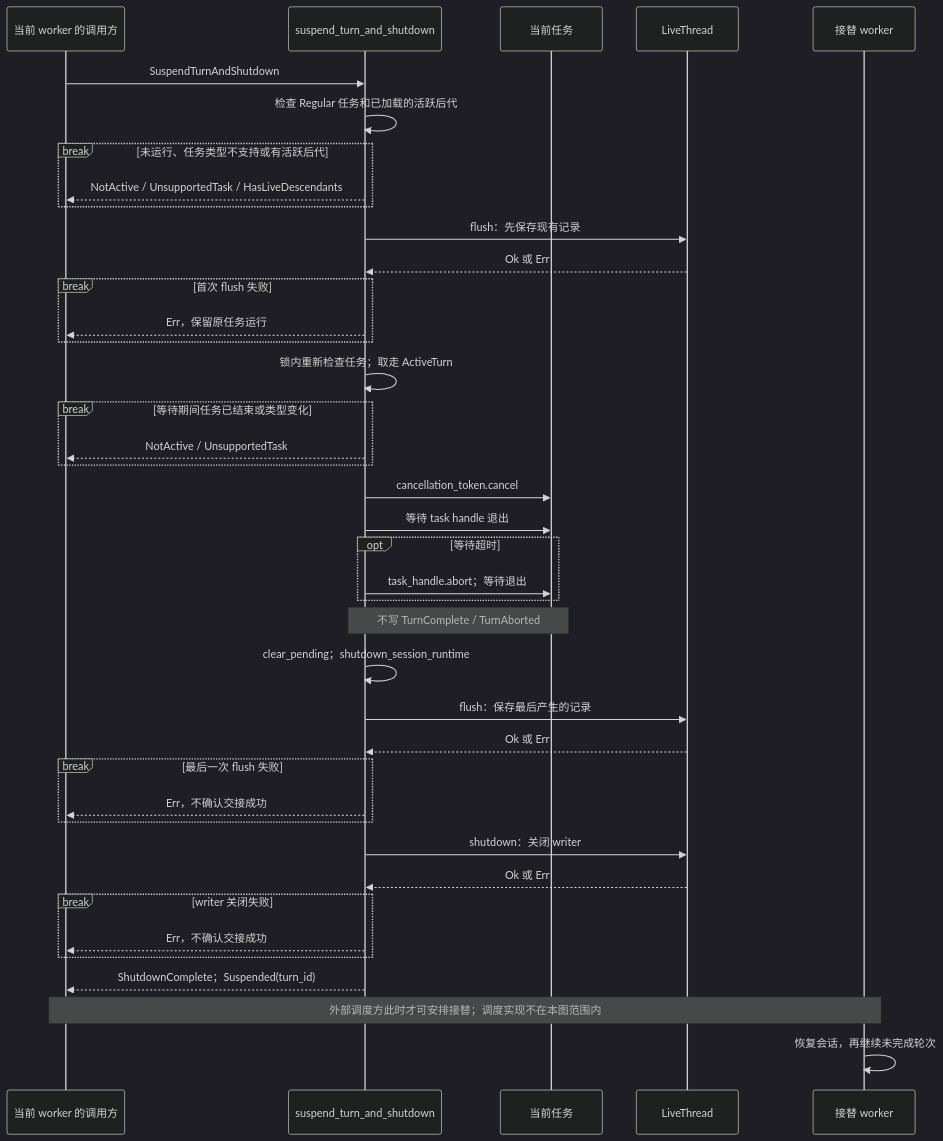
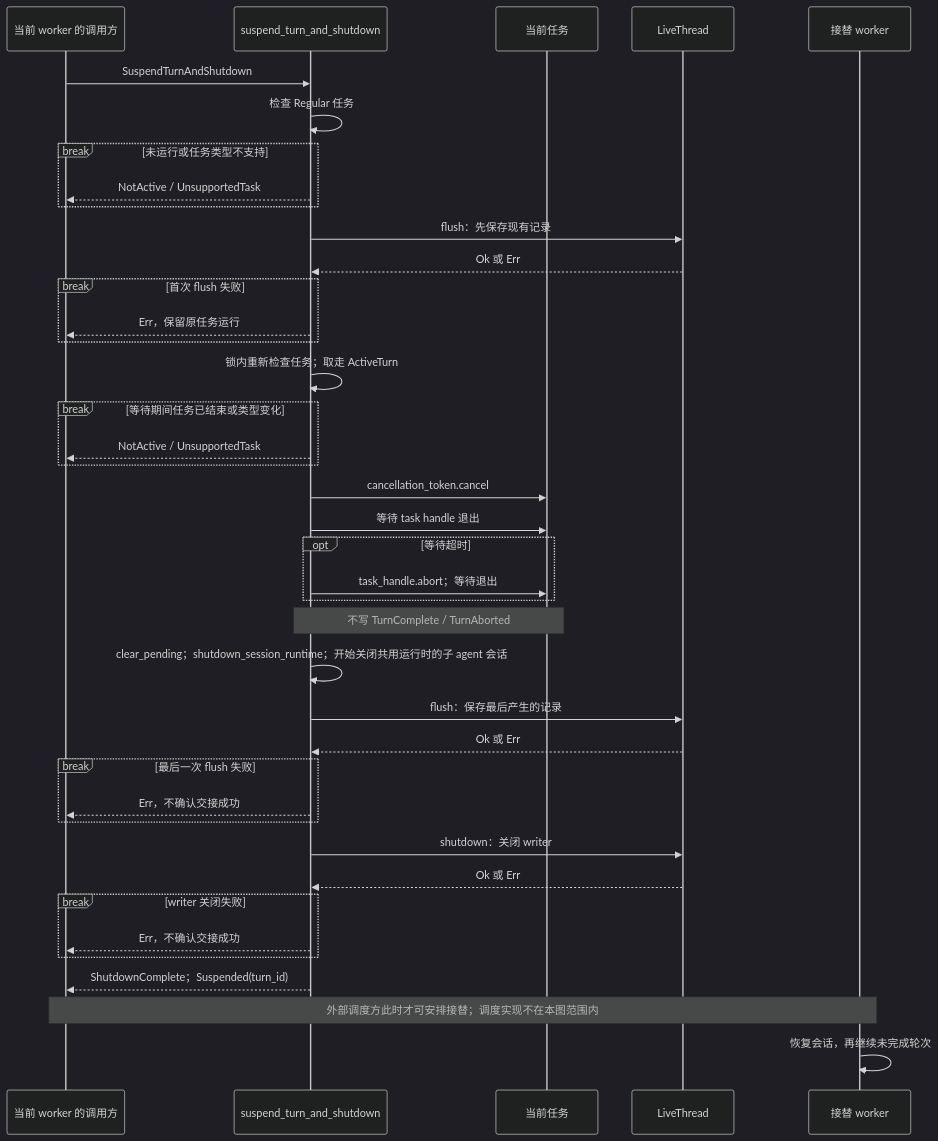
Diagram 32 of 32 in src/content/post/agents-codex/index.md (nickqiaoo/nickqiaoo.github.io), drawn with Mermaid (dark theme) before and after one commit. The commit also changed other lines of this file, not shown here.

````diff
--- a/src/content/post/agents-codex/index.md
+++ b/src/content/post/agents-codex/index.md
@@ -2357,43 +2372,43 @@
 ```mermaid
 sequenceDiagram
   participant C as 当前 worker 的调用方
   participant S as suspend_turn_and_shutdown
   participant T as 当前任务
   participant L as LiveThread
   participant N as 接替 worker
 
   C->>S: SuspendTurnAndShutdown
-  S->>S: 检查 Regular 任务和已加载的活跃后代
-  break 未运行、任务类型不支持或有活跃后代
-    S-->>C: NotActive / UnsupportedTask / HasLiveDescendants
+  S->>S: 检查 Regular 任务
+  break 未运行或任务类型不支持
+    S-->>C: NotActive / UnsupportedTask
   end
   S->>L: flush：先保存现有记录
   L-->>S: Ok 或 Err
   break 首次 flush 失败
     S-->>C: Err，保留原任务运行
   end
   S->>S: 锁内重新检查任务；取走 ActiveTurn
   break 等待期间任务已结束或类型变化
     S-->>C: NotActive / UnsupportedTask
   end
   S->>T: cancellation_token.cancel
   S->>T: 等待 task handle 退出
   opt 等待超时
     S->>T: task_handle.abort；等待退出
   end
   Note over S,T: 不写 TurnComplete / TurnAborted
-  S->>S: clear_pending；shutdown_session_runtime
+  S->>S: clear_pending；shutdown_session_runtime；开始关闭共用运行时的子 agent 会话
   S->>L: flush：保存最后产生的记录
   L-->>S: Ok 或 Err
   break 最后一次 flush 失败
     S-->>C: Err，不确认交接成功
   end
   S->>L: shutdown：关闭 writer
   L-->>S: Ok 或 Err
   break writer 关闭失败
     S-->>C: Err，不确认交接成功
   end
   S-->>C: ShutdownComplete；Suspended(turn_id)
   Note over C,N: 外部调度方此时才可安排接替；调度实现不在本图范围内
   N->>N: 恢复会话，再继续未完成轮次
 ```
````
